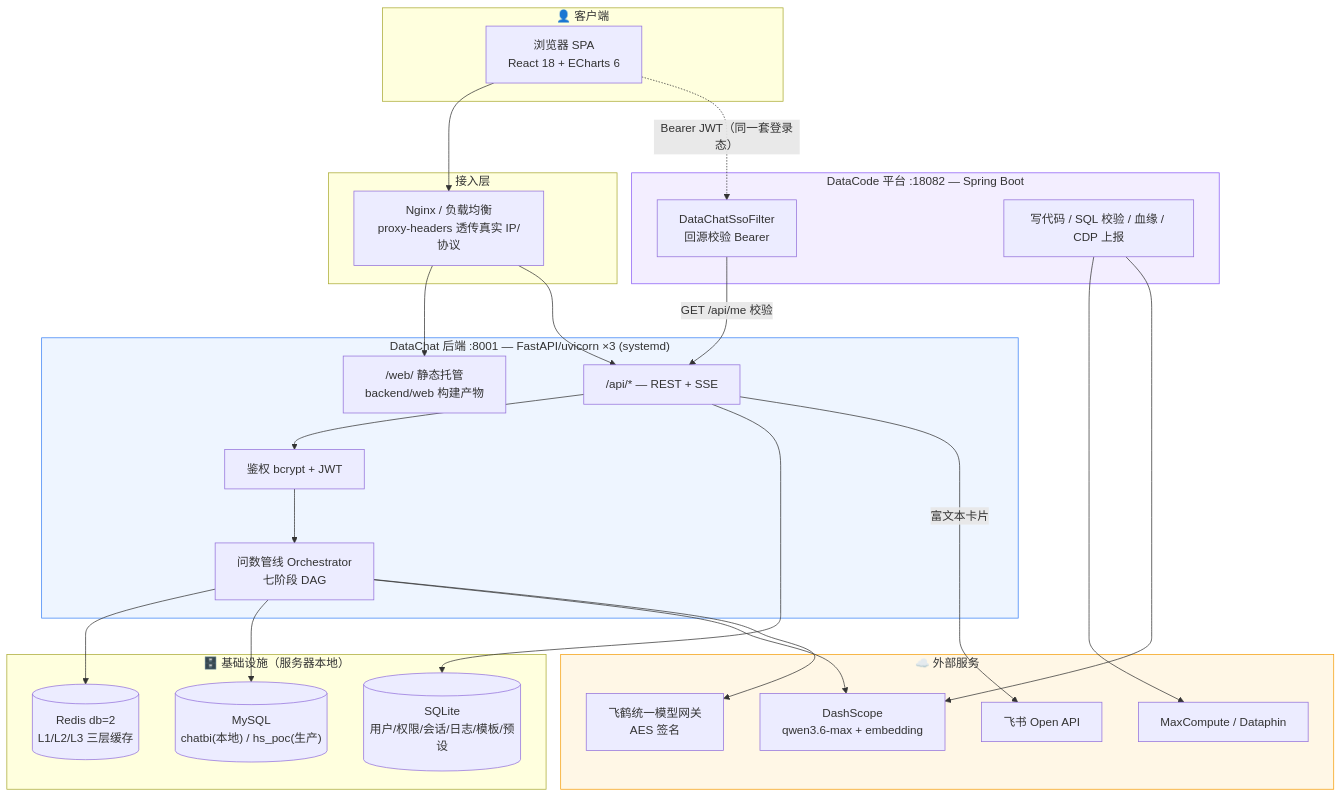
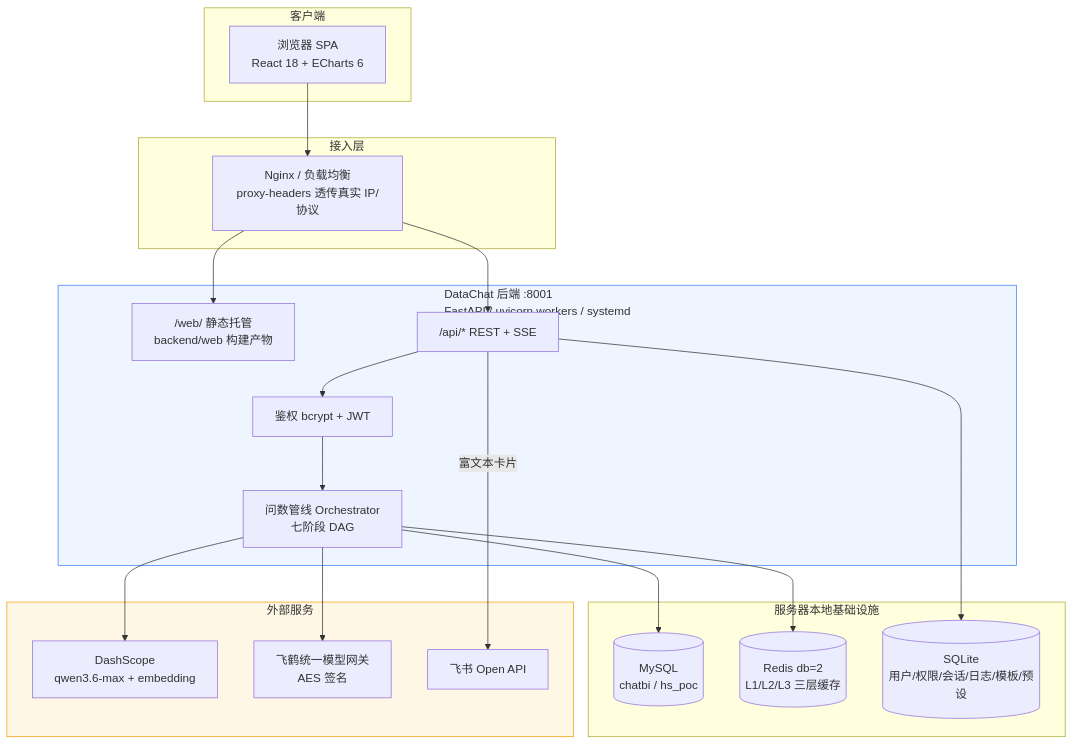
Before and after one commit to YJLBigData/DataChatV1: the first of 5 diagrams in docs/ARCHITECTURE.md, drawn with Mermaid. The commit also changed other lines of this file and 91 other files, not shown here.

Commit message:
chore: remove Java DataCode subservice

````diff
--- a/docs/ARCHITECTURE.md
+++ b/docs/ARCHITECTURE.md
@@ -12,48 +7,42 @@
 ```mermaid
 flowchart TB
-    subgraph client["👤 客户端"]
+    subgraph client["客户端"]
         B["浏览器 SPA<br/>React 18 + ECharts 6"]
     end
 
     subgraph edge["接入层"]
         LB["Nginx / 负载均衡<br/>proxy-headers 透传真实 IP/协议"]
     end
 
-    subgraph datachat["DataChat 后端 :8001 — FastAPI/uvicorn ×3 (systemd)"]
+    subgraph datachat["DataChat 后端 :8001<br/>FastAPI / uvicorn workers / systemd"]
         WEB["/web/ 静态托管<br/>backend/web 构建产物"]
-        API["/api/* — REST + SSE"]
+        API["/api/* REST + SSE"]
         AUTH["鉴权 bcrypt + JWT"]
         ORCH["问数管线 Orchestrator<br/>七阶段 DAG"]
     end
 
-    subgraph datacode["DataCode 平台 :18082 — Spring Boot"]
-        SSOF["DataChatSsoFilter<br/>回源校验 Bearer"]
-        CODE["写代码 / SQL 校验 / 血缘 / CDP 上报"]
-    end
-
-    subgraph infra["🗄️ 基础设施（服务器本地）"]
-        MYSQL[("MySQL<br/>chatbi(本地) / hs_poc(生产)")]
+    subgraph infra["服务器本地基础设施"]
+        MYSQL[("MySQL<br/>chatbi / hs_poc")]
         REDIS[("Redis db=2<br/>L1/L2/L3 三层缓存")]
         SQLITE[("SQLite<br/>用户/权限/会话/日志/模板/预设")]
     end
 
-    subgraph ext["☁️ 外部服务"]
+    subgraph ext["外部服务"]
         DS["DashScope<br/>qwen3.6-max + embedding"]
         FEIHE["飞鹤统一模型网关<br/>AES 签名"]
         FS["飞书 Open API"]
-        ODPS["MaxCompute / Dataphin"]
     end
 
-    B --> LB --> WEB & API
-    B -. "Bearer JWT（同一套登录态）" .-> SSOF
+    B --> LB --> WEB
+    LB --> API
     API --> AUTH --> ORCH
-    SSOF -- "GET /api/me 校验" --> API
-    ORCH --> REDIS & MYSQL & DS & FEIHE
+    ORCH --> REDIS
+    ORCH --> MYSQL
+    ORCH --> DS
+    ORCH --> FEIHE
     API --> SQLITE
     API -- "富文本卡片" --> FS
-    CODE --> ODPS & DS
 
     style datachat fill:#eef5ff,stroke:#3b82f6
-    style datacode fill:#f3eeff,stroke:#8b5cf6
     style ext fill:#fff7e6,stroke:#f59e0b
 ```
````
